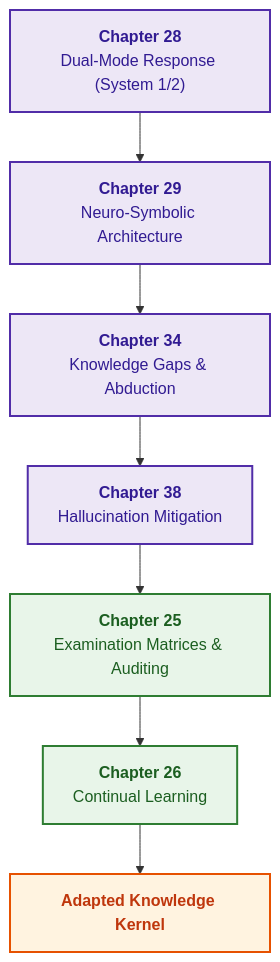
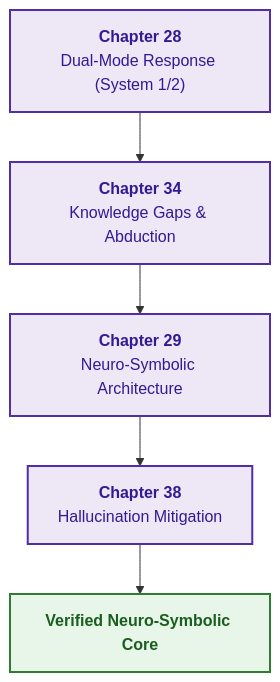
The diagram in ExpertSystem/translations/en/part-06-frontiers-neuro-symbolic.md (nick-fedchik/articles), drawn with Mermaid before and after one commit. The commit also changed other lines of this file and 174 other files, not shown here.

````diff
--- a/ExpertSystem/translations/en/part-06-frontiers-neuro-symbolic.md
+++ b/ExpertSystem/translations/en/part-06-frontiers-neuro-symbolic.md
@@ -19,20 +19,16 @@
 ```mermaid
 flowchart TD
-    accTitle: Neuro-Symbolic Integration and Continual Learning of Part VI
-    accDescr: Dual-mode architecture, language models, knowledge gaps, hallucination mitigation, examination matrices, and continual learning.
+    accTitle: Neuro-Symbolic Integration and Hallucination Control of Part VI
+    accDescr: Dual-mode architecture, knowledge gaps and abduction, neuro-symbolic tandem, and deterministic hallucination mitigation.
 
-    DUAL["<b>Chapter 28</b><br/>Dual-Mode Response (System 1/2)"] --> NESY["<b>Chapter 29</b><br/>Neuro-Symbolic Architecture"]
-    NESY --> GAP["<b>Chapter 34</b><br/>Knowledge Gaps & Abduction"]
-    GAP --> HAL["<b>Chapter 38</b><br/>Hallucination Mitigation"]
-    HAL --> EXAM["<b>Chapter 25</b><br/>Examination Matrices & Auditing"]
-    EXAM --> CL["<b>Chapter 26</b><br/>Continual Learning"]
-    CL --> ADAPT["<b>Adapted Knowledge Kernel</b>"]
+    DUAL["<b>Chapter 28</b><br/>Dual-Mode Response (System 1/2)"] --> GAP["<b>Chapter 34</b><br/>Knowledge Gaps & Abduction"]
+    GAP --> NESY["<b>Chapter 29</b><br/>Neuro-Symbolic Architecture"]
+    NESY --> HAL["<b>Chapter 38</b><br/>Hallucination Mitigation"]
+    HAL --> ADAPT["<b>Verified Neuro-Symbolic Core</b>"]
 
-    classDef core fill:#e8f5e9,stroke:#2e7d32,stroke-width:2px,color:#1b5e20;
     classDef step fill:#ede7f6,stroke:#512da8,stroke-width:2px,color:#311b92;
-    classDef out fill:#fff3e0,stroke:#e65100,stroke-width:2px,color:#bf360c;
+    classDef out fill:#e8f5e9,stroke:#2e7d32,stroke-width:2px,color:#1b5e20;
 
-    class DUAL,NESY,GAP,HAL step;
-    class EXAM,CL core;
+    class DUAL,GAP,NESY,HAL step;
     class ADAPT out;
 ```
````
